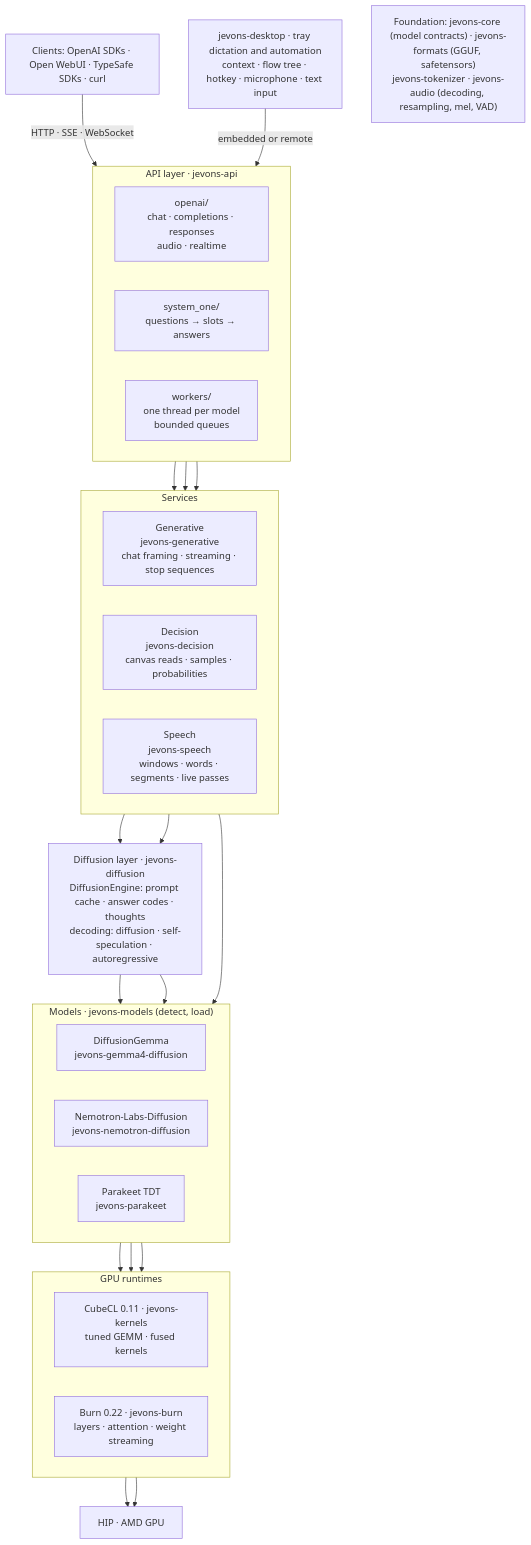
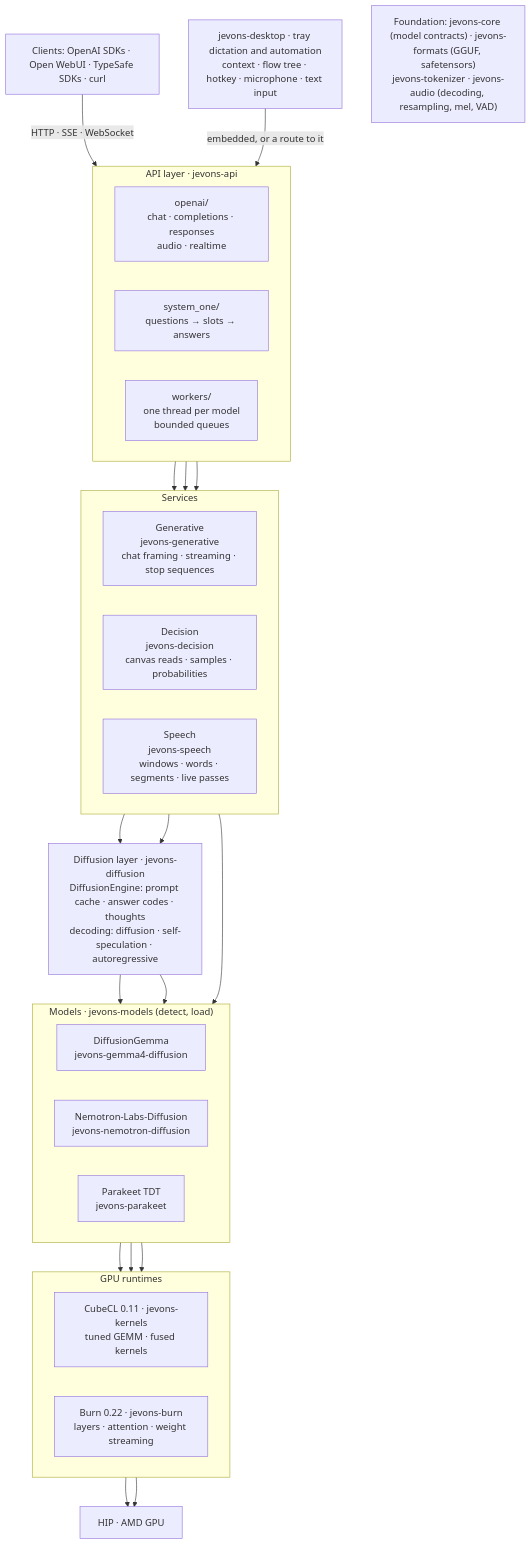
One commit to zojeda/jevons-rs changed the third of 3 diagrams in README.md. Above: the diagram before and after it, drawn with Mermaid. The commit also changed other lines of this file and 248 other files, not shown here.

````diff
--- a/README.md
+++ b/README.md
@@ -133,53 +216,53 @@
 ```mermaid
 flowchart TB
     clients["Clients: OpenAI SDKs · Open WebUI · TypeSafe SDKs · curl"]
     desktop["jevons-desktop · tray dictation and automation<br/>context · flow tree · hotkey · microphone · text input"]
 
     subgraph api["API layer · jevons-api"]
         direction LR
         openai["openai/<br/>chat · completions · responses<br/>audio · realtime"]
         systemone["system_one/<br/>questions → slots → answers"]
         workers["workers/<br/>one thread per model<br/>bounded queues"]
     end
 
     subgraph services["Services"]
         direction LR
         generative["Generative<br/>jevons-generative<br/>chat framing · streaming · stop sequences"]
         decision["Decision<br/>jevons-decision<br/>canvas reads · samples · probabilities"]
         speech["Speech<br/>jevons-speech<br/>windows · words · segments · live passes"]
     end
 
     diffusion["Diffusion layer · jevons-diffusion<br/>DiffusionEngine: prompt cache · answer codes · thoughts<br/>decoding: diffusion · self-speculation · autoregressive"]
 
     subgraph models["Models · jevons-models (detect, load)"]
         direction LR
         gemma["DiffusionGemma<br/>jevons-gemma4-diffusion"]
         nemotron["Nemotron-Labs-Diffusion<br/>jevons-nemotron-diffusion"]
         parakeet["Parakeet TDT<br/>jevons-parakeet"]
     end
 
     subgraph runtimes["GPU runtimes"]
         direction LR
         cubecl["CubeCL 0.11 · jevons-kernels<br/>tuned GEMM · fused kernels"]
         burn["Burn 0.22 · jevons-burn<br/>layers · attention · weight streaming"]
     end
 
     gpu["HIP · AMD GPU"]
     foundation["Foundation: jevons-core (model contracts) · jevons-formats (GGUF, safetensors)<br/>jevons-tokenizer · jevons-audio (decoding, resampling, mel, VAD)"]
 
     clients -- "HTTP · SSE · WebSocket" --> api
-    desktop -- "embedded or remote" --> api
+    desktop -- "embedded, or a route to it" --> api
     openai --> generative
     openai --> speech
     systemone --> decision
     generative --> diffusion
     decision --> diffusion
     diffusion --> gemma
     diffusion --> nemotron
     speech --> parakeet
     gemma --> cubecl
     nemotron --> burn
     parakeet --> burn
     cubecl --> gpu
     burn --> gpu
 ```
````
